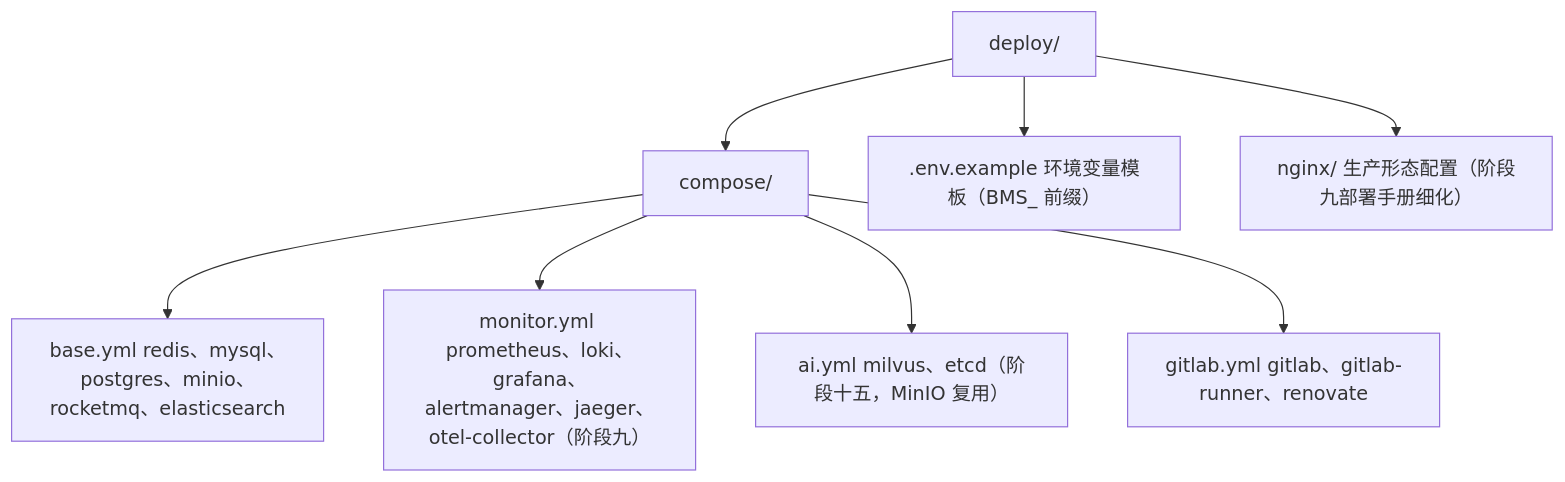
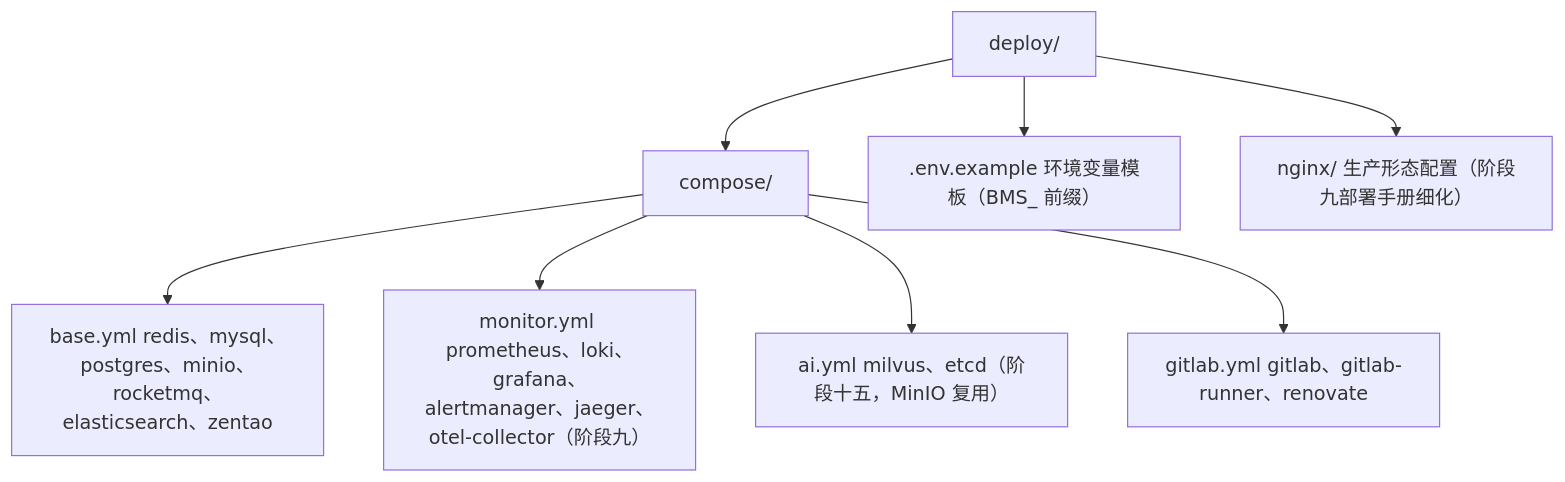
The diagram in 文档/规划/开发部署规划.md (minjian123/basic-management-system), drawn with Mermaid before and after one commit. The commit also changed other lines of this file and 6 other files, not shown here.

````diff
--- a/文档/规划/开发部署规划.md
+++ b/文档/规划/开发部署规划.md
@@ -134,10 +136,10 @@
 ```mermaid
 graph TD
     A["deploy/"] --> B["compose/"]
-    B --> B1["base.yml redis、mysql、postgres、minio、rocketmq、elasticsearch"]
+    B --> B1["base.yml redis、mysql、postgres、minio、rocketmq、elasticsearch、zentao"]
     B --> B2["monitor.yml prometheus、loki、grafana、alertmanager、jaeger、otel-collector（阶段九）"]
     B --> B3["ai.yml milvus、etcd（阶段十五，MinIO 复用）"]
     B --> B4["gitlab.yml gitlab、gitlab-runner、renovate"]
     A --> C[".env.example 环境变量模板（BMS_ 前缀）"]
     A --> D["nginx/ 生产形态配置（阶段九部署手册细化）"]
 ```
````
